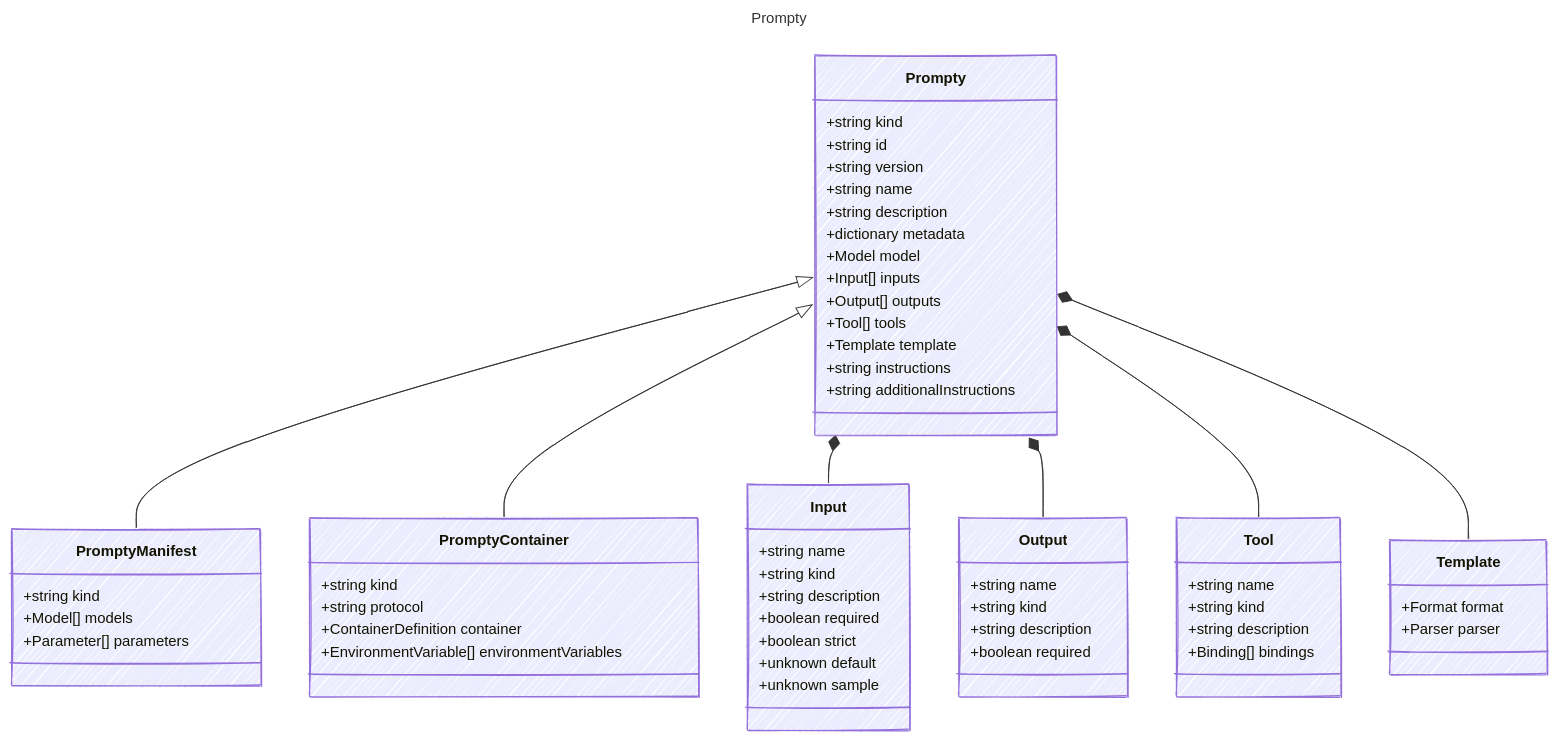
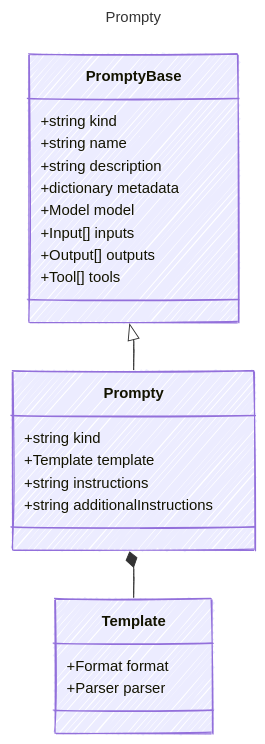
One commit to microsoft/prompty changed the diagram in specification/prompty/docs/Prompty.md. Above: the diagram before and after it, drawn with Mermaid. The commit also changed other lines of this file and 51 other files, not shown here.

````diff
--- a/specification/prompty/docs/Prompty.md
+++ b/specification/prompty/docs/Prompty.md
@@ -12,69 +9,34 @@
 ```mermaid
 ---
 title: Prompty
 config:
   look: handDrawn
   theme: colorful
   class:
     hideEmptyMembersBox: true
 ---
 classDiagram
-    class Prompty {
-      
+    class PromptyBase {
         +string kind
-        +string id
-        +string version
         +string name
         +string description
         +dictionary metadata
         +Model model
         +Input[] inputs
         +Output[] outputs
         +Tool[] tools
+    }
+    PromptyBase <|-- Prompty
+    class Prompty {
+      
+        +string kind
         +Template template
         +string instructions
         +string additionalInstructions
     }
-    class PromptyManifest {
-        +string kind
-        +Model[] models
-        +Parameter[] parameters
-    }
-    Prompty <|-- PromptyManifest
-    class PromptyContainer {
-        +string kind
-        +string protocol
-        +ContainerDefinition container
-        +EnvironmentVariable[] environmentVariables
-    }
-    Prompty <|-- PromptyContainer
-    class Input {
-        +string name
-        +string kind
-        +string description
-        +boolean required
-        +boolean strict
-        +unknown default
-        +unknown sample
-    }
-    Prompty *-- Input
-    class Output {
-        +string name
-        +string kind
-        +string description
-        +boolean required
-    }
-    Prompty *-- Output
-    class Tool {
-        +string name
-        +string kind
-        +string description
-        +Binding[] bindings
-    }
-    Prompty *-- Tool
     class Template {
         +Format format
         +Parser parser
     }
     Prompty *-- Template
 ```
````
